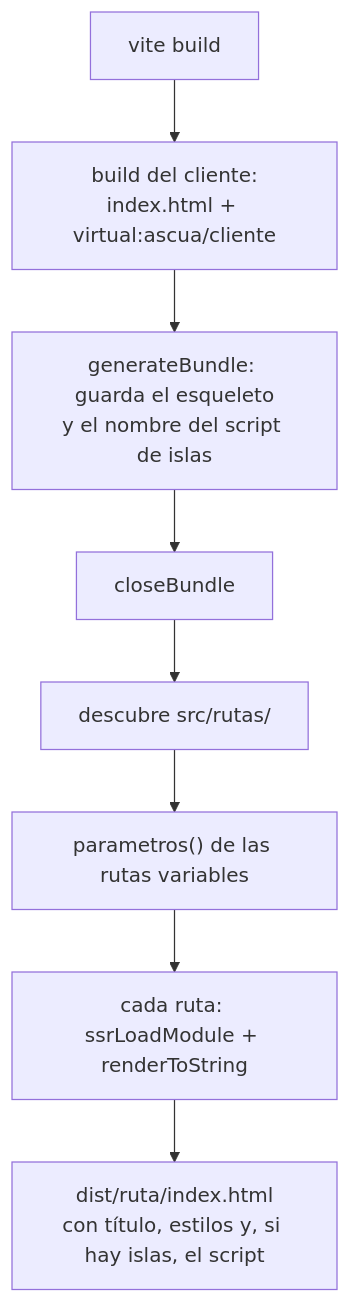
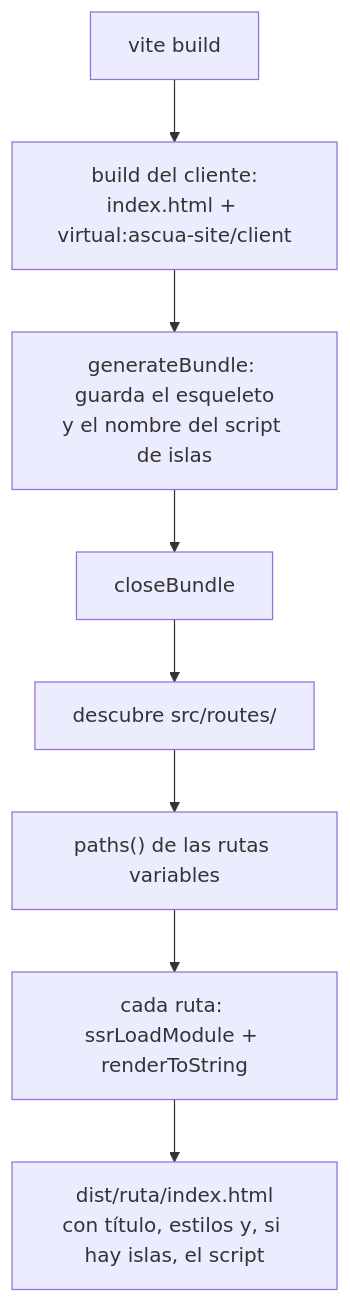
One commit to rvielma/ascua changed the diagram in docs/sitio.md. Above: the diagram before and after it, drawn with Mermaid. The commit also changed other lines of this file and 100 other files, not shown here.

````diff
--- a/docs/sitio.md
+++ b/docs/sitio.md
@@ -109,10 +109,10 @@
 ```mermaid
 flowchart TD
-    build["vite build"] --> cliente["build del cliente:<br/>index.html + virtual:ascua/cliente"]
+    build["vite build"] --> cliente["build del cliente:<br/>index.html + virtual:ascua-site/client"]
     cliente --> guarda["generateBundle: guarda el esqueleto<br/>y el nombre del script de islas"]
     guarda --> cierre["closeBundle"]
-    cierre --> rutas["descubre src/rutas/"]
-    rutas --> params["parametros() de las rutas variables"]
+    cierre --> rutas["descubre src/routes/"]
+    rutas --> params["paths() de las rutas variables"]
     params --> render["cada ruta: ssrLoadModule + renderToString"]
     render --> escribe["dist/ruta/index.html<br/>con título, estilos y, si hay islas, el script"]
 ```
````
